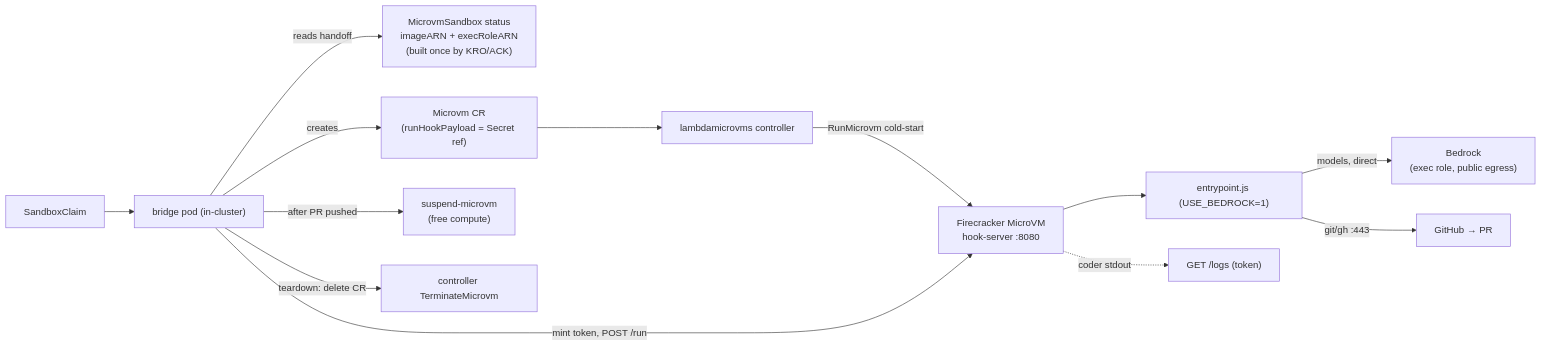
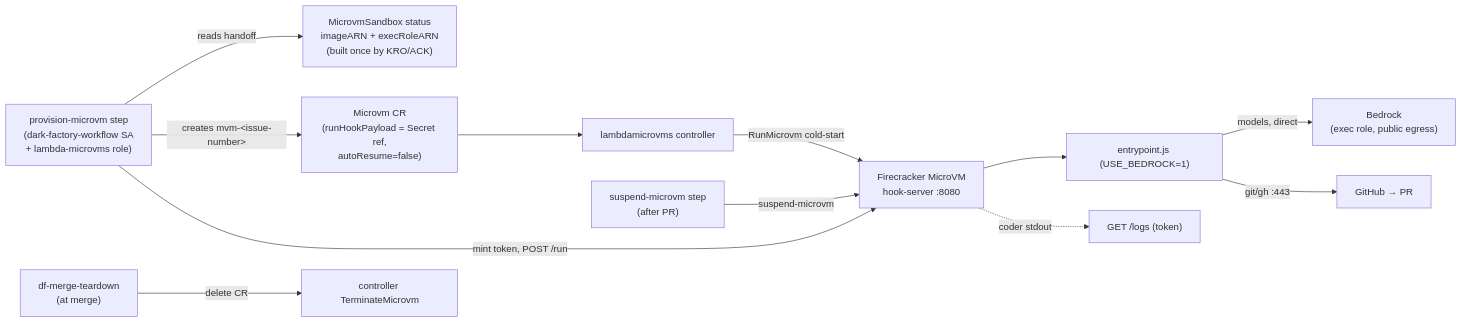
One commit to aws-samples/sample-open-agentic-platform changed the third of 5 diagrams in docs/dark-factory/SUBSTRATE-DIAGRAMS.md. Above: the diagram before and after it, drawn with Mermaid. The commit also changed other lines of this file and 1 other file, not shown here.

First line of the commit message:
docs(flow-d): update benchmark + diagrams for separate df-run-lambda

````diff
--- a/docs/dark-factory/SUBSTRATE-DIAGRAMS.md
+++ b/docs/dark-factory/SUBSTRATE-DIAGRAMS.md
@@ -55,15 +55,14 @@
 ```mermaid
 flowchart LR
-    CLAIM["SandboxClaim"] --> BR["bridge pod (in-cluster)"]
-    BR -->|reads handoff| IMG["MicrovmSandbox status<br/>imageARN + execRoleARN<br/>(built once by KRO/ACK)"]
-    BR -->|creates| MCR["Microvm CR<br/>(runHookPayload = Secret ref)"]
+    PROV["provision-microvm step<br/>(dark-factory-workflow SA<br/>+ lambda-microvms role)"] -->|reads handoff| IMG["MicrovmSandbox status<br/>imageARN + execRoleARN<br/>(built once by KRO/ACK)"]
+    PROV -->|creates mvm-&lt;issue-number&gt;| MCR["Microvm CR<br/>(runHookPayload = Secret ref,<br/>autoResume=false)"]
     MCR --> CTRL["lambdamicrovms controller"]
     CTRL -->|RunMicrovm cold-start| VM["Firecracker MicroVM<br/>hook-server :8080"]
-    BR -->|mint token, POST /run| VM
+    PROV -->|mint token, POST /run| VM
     VM --> ENT["entrypoint.js (USE_BEDROCK=1)"]
     ENT -->|models, direct| BED["Bedrock<br/>(exec role, public egress)"]
     ENT -->|git/gh :443| GH["GitHub → PR"]
     VM -.coder stdout.-> LOGS["GET /logs (token)"]
-    BR -->|after PR pushed| SUSP["suspend-microvm<br/>(free compute)"]
-    BR -->|teardown: delete CR| TERM["controller TerminateMicrovm"]
+    SUSP["suspend-microvm step<br/>(after PR)"] -->|suspend-microvm| VM
+    MERGE["df-merge-teardown<br/>(at merge)"] -->|delete CR| TERM["controller TerminateMicrovm"]
 ```
````
